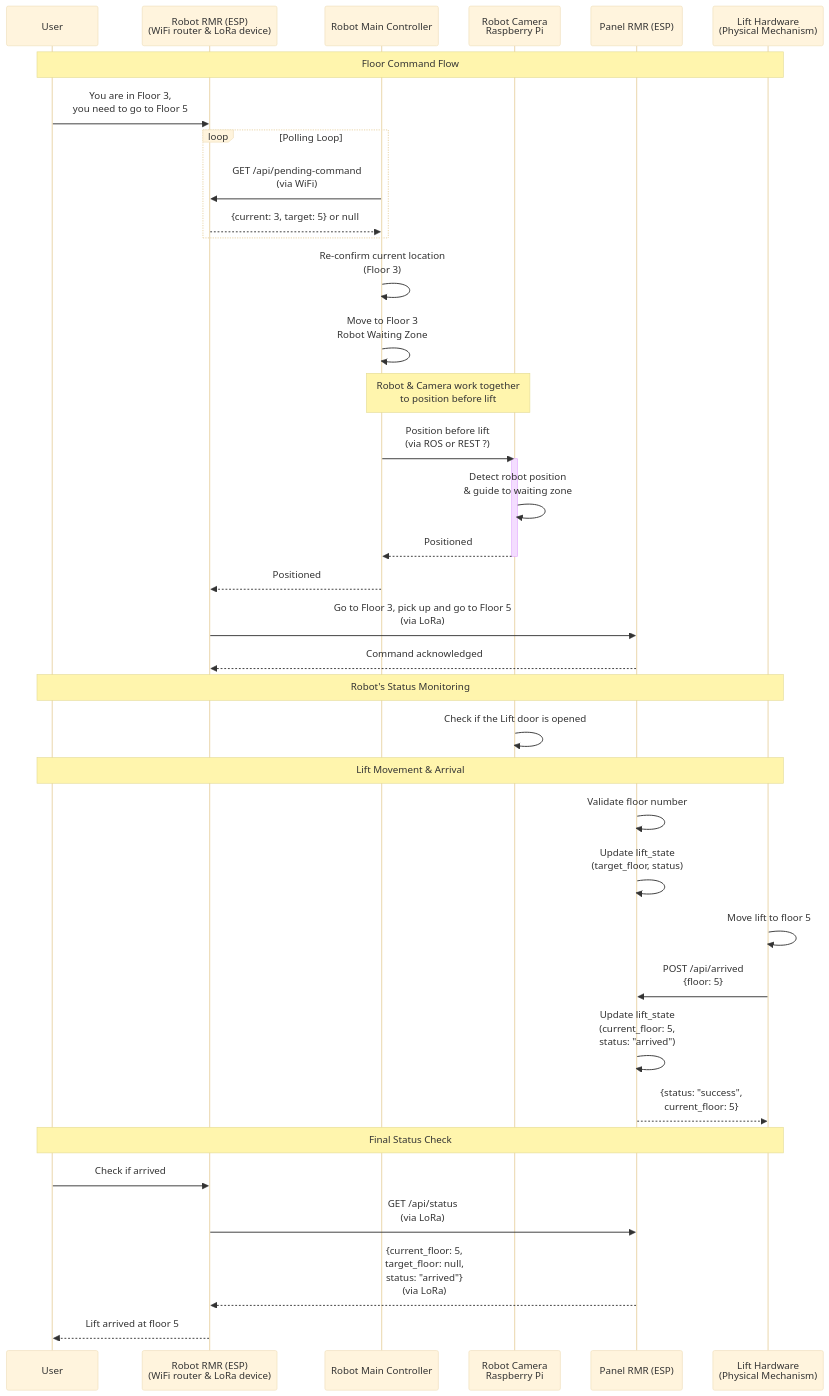
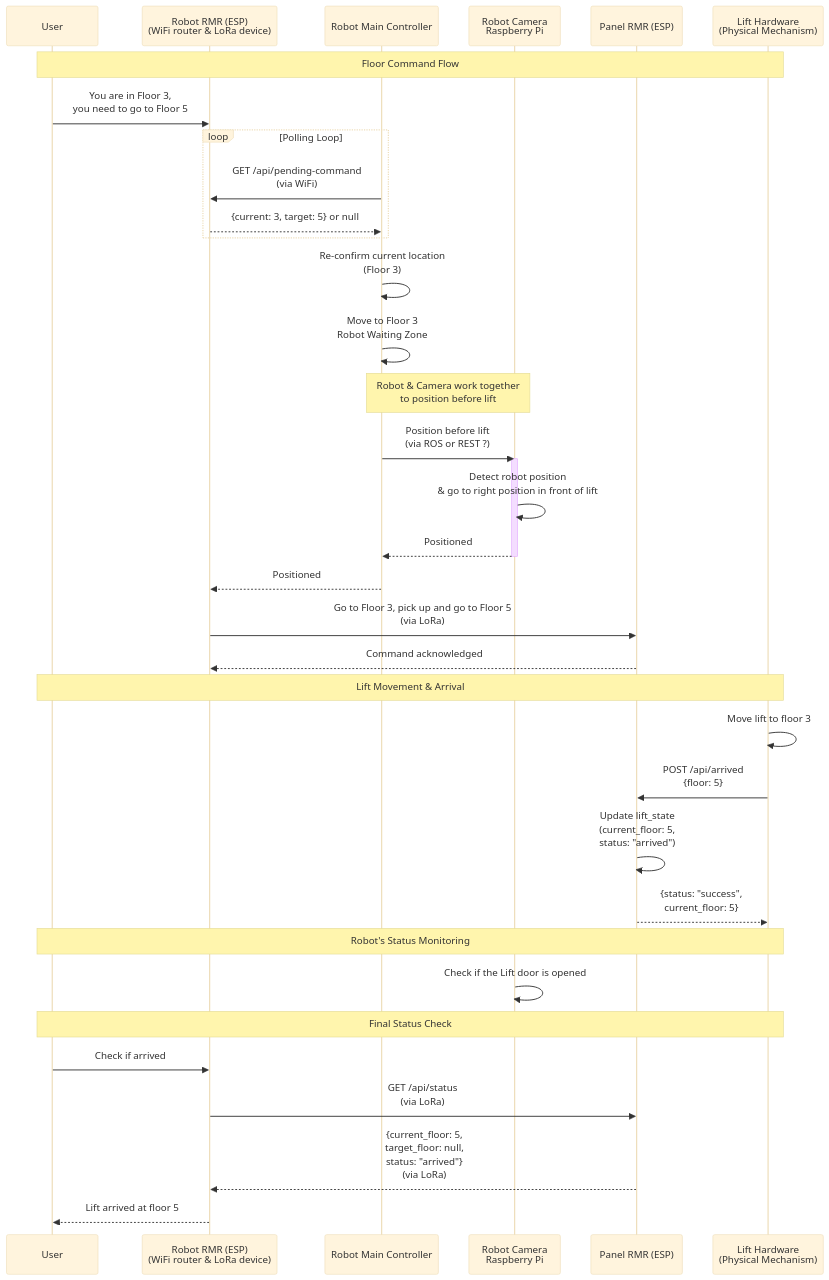
The first of 2 diagrams in sequence_diagram.md (in-is-ah/rmr), drawn with Mermaid (base theme) before and after one commit.

Commit message:
Update sequence diagram for lift movement details

````diff
--- a/sequence_diagram.md
+++ b/sequence_diagram.md
@@ -5,45 +5,42 @@
 ```mermaid
 sequenceDiagram
     participant User
     participant ClientPi as Robot RMR (ESP)<br/>(WiFi router & LoRa device)
     participant RobotMainController as Robot Main Controller
     participant CameraModule as Robot Camera<br/>Raspberry Pi
     participant LiftService as Panel RMR (ESP)
     participant LiftHardware as Lift Hardware<br/>(Physical Mechanism)
 
     Note over User,LiftHardware: Floor Command Flow
     User->>ClientPi: You are in Floor 3,<br/>you need to go to Floor 5
     loop Polling Loop
         RobotMainController->>ClientPi: GET /api/pending-command<br/>(via WiFi)
         ClientPi-->>RobotMainController: {current: 3, target: 5} or null
     end
     RobotMainController->>RobotMainController: Re-confirm current location<br/>(Floor 3)
     RobotMainController->>RobotMainController: Move to Floor 3<br/>Robot Waiting Zone
     Note over RobotMainController,CameraModule: Robot & Camera work together<br/>to position before lift
     RobotMainController->>CameraModule: Position before lift<br/>(via ROS or REST ?)
     activate CameraModule
-    CameraModule->>CameraModule: Detect robot position<br/>& guide to waiting zone
+    CameraModule->>CameraModule: Detect robot position<br/>& go to right position in front of lift
     CameraModule-->>RobotMainController: Positioned
     deactivate CameraModule
     RobotMainController-->>ClientPi: Positioned
     ClientPi->>LiftService: Go to Floor 3, pick up and go to Floor 5<br/>(via LoRa)
     LiftService-->>ClientPi: Command acknowledged
-
-    
-    Note over User,LiftHardware: Robot's Status Monitoring
-    CameraModule->>CameraModule: Check if the Lift door is opened
     
     Note over User,LiftHardware: Lift Movement & Arrival
-    LiftService->>LiftService: Validate floor number
-    LiftService->>LiftService: Update lift_state<br/>(target_floor, status)
-    LiftHardware->>LiftHardware: Move lift to floor 5
+    LiftHardware->>LiftHardware: Move lift to floor 3
     LiftHardware->>LiftService: POST /api/arrived<br/>{floor: 5}
     LiftService->>LiftService: Update lift_state<br/>(current_floor: 5,<br/>status: "arrived")
     LiftService-->>LiftHardware: {status: "success",<br/>current_floor: 5}
     
+    Note over User,LiftHardware: Robot's Status Monitoring
+    CameraModule->>CameraModule: Check if the Lift door is opened
+
     Note over User,LiftHardware: Final Status Check
     User->>ClientPi: Check if arrived
     ClientPi->>LiftService: GET /api/status<br/>(via LoRa)
     LiftService-->>ClientPi: {current_floor: 5,<br/>target_floor: null,<br/>status: "arrived"}<br/>(via LoRa)
     ClientPi-->>User: Lift arrived at floor 5
 ```
````
